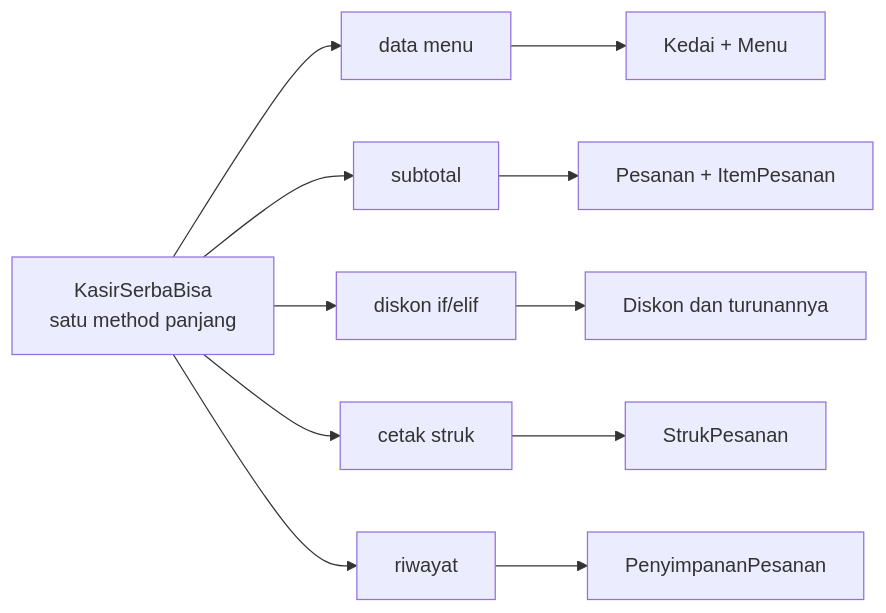
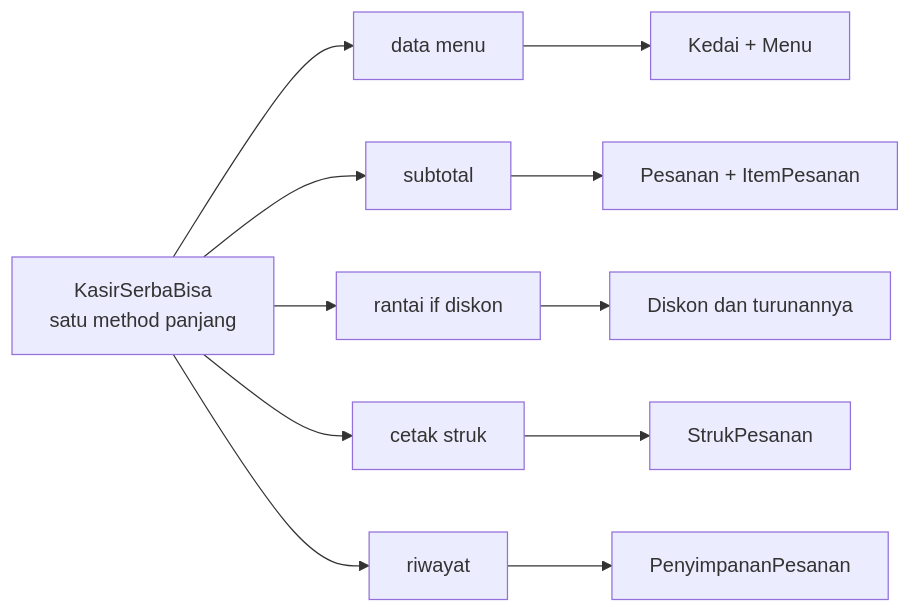
One commit to antonprafanto/PBO2026 changed the eighth of 9 diagrams in Pertemuan-13-Prinsip-SOLID/README.md. Above: the diagram before and after it, drawn with Mermaid. The commit also changed other lines of this file and 291 other files, not shown here.

````diff
--- a/Pertemuan-13-Prinsip-SOLID/README.md
+++ b/Pertemuan-13-Prinsip-SOLID/README.md
@@ -435,9 +442,9 @@
 ```mermaid
 flowchart LR
     K["KasirSerbaBisa<br/>satu method panjang"]
     K --> T1["data menu"] --> C1["Kedai + Menu"]
     K --> T2["subtotal"] --> C2["Pesanan + ItemPesanan"]
-    K --> T3["diskon if/elif"] --> C3["Diskon dan turunannya"]
+    K --> T3["rantai if diskon"] --> C3["Diskon dan turunannya"]
     K --> T4["cetak struk"] --> C4["StrukPesanan"]
     K --> T5["riwayat"] --> C5["PenyimpananPesanan"]
 ```
````
